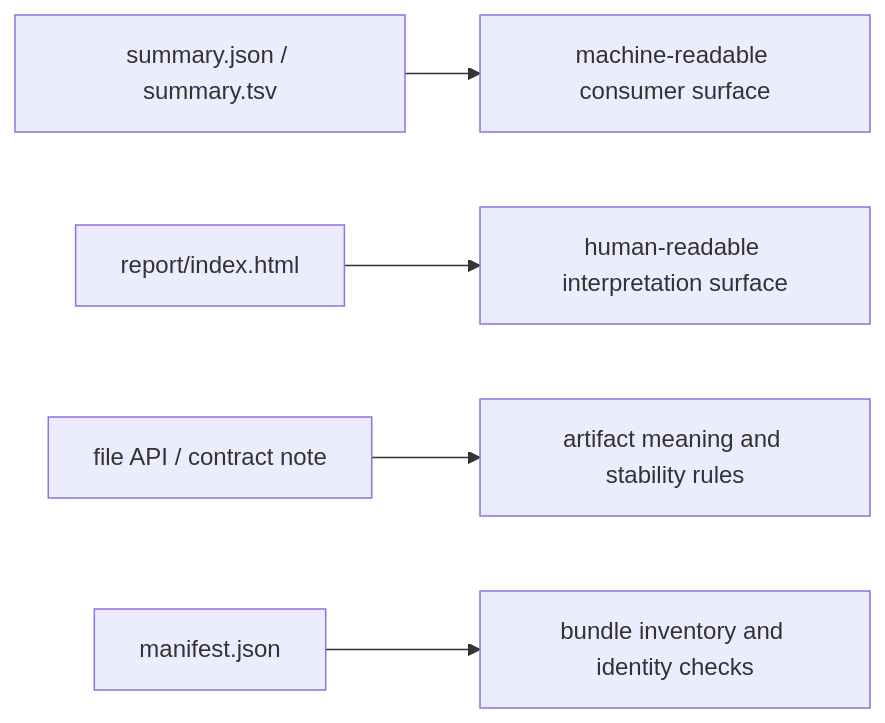
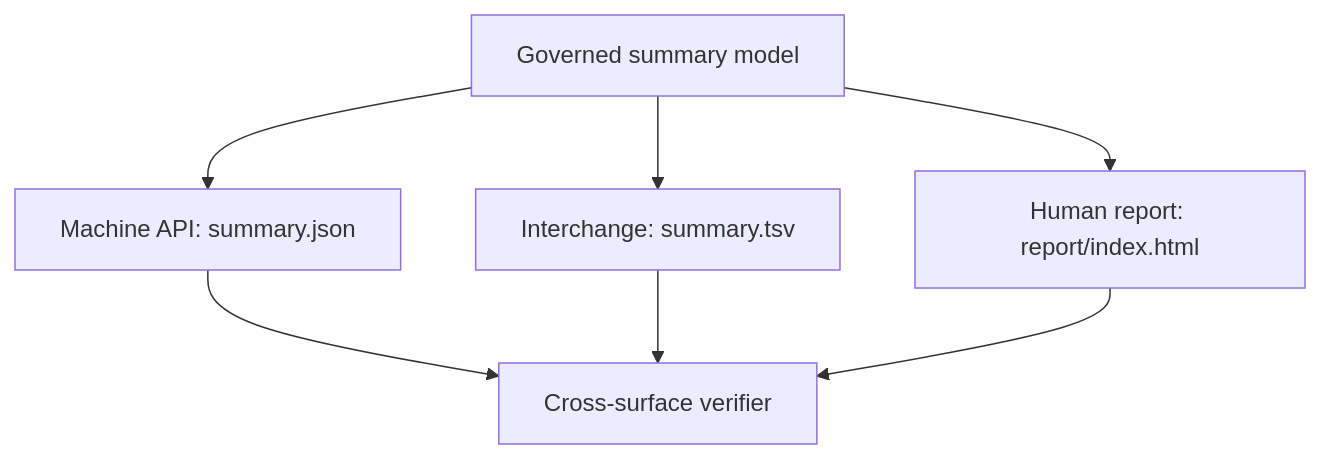
Before and after one commit to bijux/bijux-masterclass: the first of 2 diagrams in programs/reproducible-research/deep-dive-snakemake/course-book/module-06-publishing-downstream-contracts/reports-file-apis-and-human-vs-machine-surfaces.md, drawn with Mermaid. The commit also changed other lines of this file, not shown here.

````diff
--- a/programs/reproducible-research/deep-dive-snakemake/course-book/module-06-publishing-downstream-contracts/reports-file-apis-and-human-vs-machine-surfaces.md
+++ b/programs/reproducible-research/deep-dive-snakemake/course-book/module-06-publishing-downstream-contracts/reports-file-apis-and-human-vs-machine-surfaces.md
@@ -96,7 +20,9 @@
 ```mermaid
-flowchart LR
-  summary["summary.json / summary.tsv"] --> machine["machine-readable consumer surface"]
-  report["report/index.html"] --> human["human-readable interpretation surface"]
-  file_api["file API / contract note"] --> contract["artifact meaning and stability rules"]
-  manifest["manifest.json"] --> validation["bundle inventory and identity checks"]
+flowchart TD
+  model["Governed summary model"] --> machine["Machine API: summary.json"]
+  model --> table["Interchange: summary.tsv"]
+  model --> human["Human report: report/index.html"]
+  machine --> verify["Cross-surface verifier"]
+  table --> verify
+  human --> verify
 ```
````
